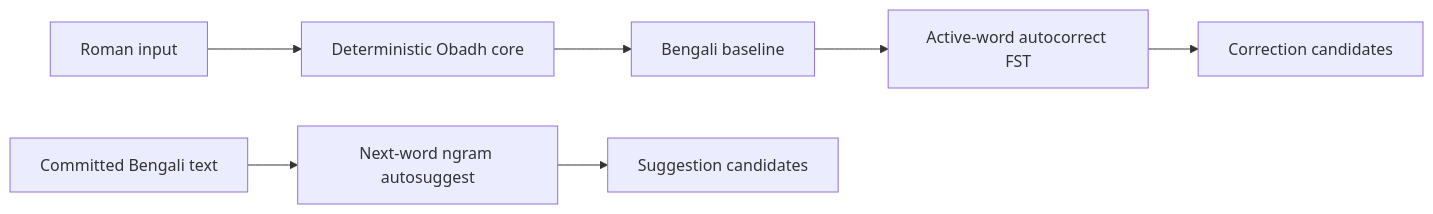
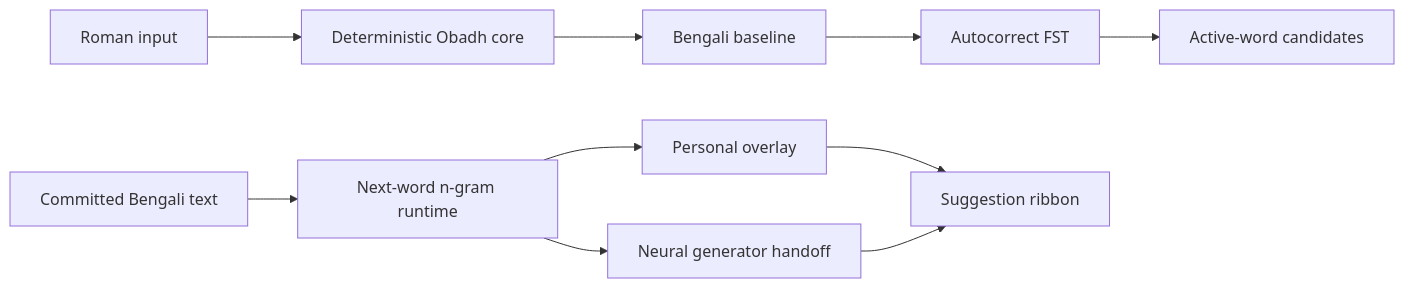
Before and after one commit to nsssayom/obadh_engine: the diagram in README.md, drawn with Mermaid. The commit also changed other lines of this file and 8 other files, not shown here.

````diff
--- a/README.md
+++ b/README.md
@@ -73,9 +104,12 @@
 ```mermaid
 flowchart LR
-  R[Roman input] --> O[Deterministic Obadh core]
-  O --> B[Bengali baseline]
-  B --> C[Active-word autocorrect FST]
-  C --> W[Correction candidates]
-  T[Committed Bengali text] --> N[Next-word ngram autosuggest]
-  N --> S[Suggestion candidates]
+  R[Roman input] --> D[Deterministic Obadh core]
+  D --> B[Bengali baseline]
+  B --> C[Autocorrect FST]
+  C --> W[Active-word candidates]
+  T[Committed Bengali text] --> N[Next-word n-gram runtime]
+  N --> P[Personal overlay]
+  N --> G[Neural generator handoff]
+  P --> S[Suggestion ribbon]
+  G --> S
 ```
````
